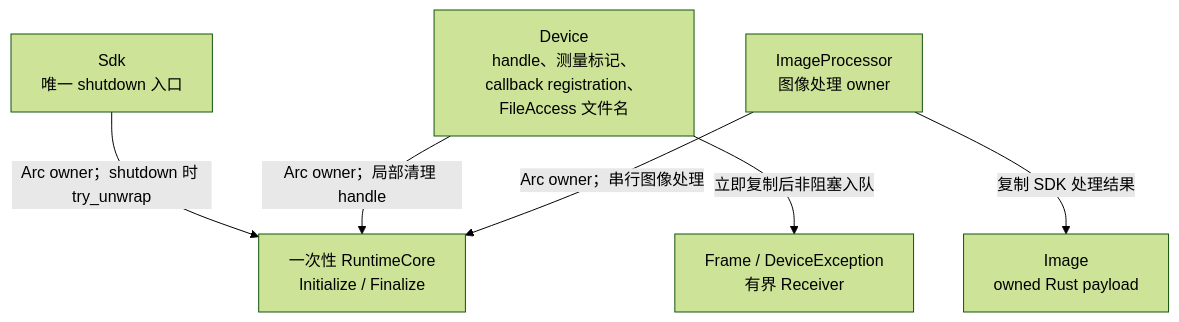
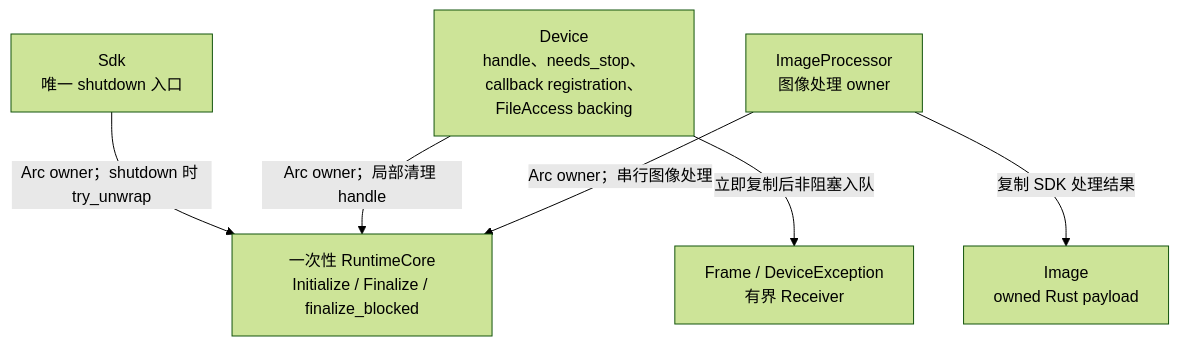
Before and after one commit to JSB-Unscarred/3dmvs-sdk-rs: the first of 3 diagrams in 生命周期与时序图.md, drawn with Mermaid (forest theme). The commit also changed other lines of this file and 14 other files, not shown here.

````diff
--- a/生命周期与时序图.md
+++ b/生命周期与时序图.md
@@ -5,15 +5,15 @@
 ```mermaid
 flowchart TD
-    Session["一次性 RuntimeCore<br/>Initialize / Finalize"]
+    Session["一次性 RuntimeCore<br/>Initialize / Finalize / finalize_blocked"]
     SDK["Sdk<br/>唯一 shutdown 入口"]
-    Device["Device<br/>handle、测量标记、callback registration、FileAccess 文件名"]
+    Device["Device<br/>handle、needs_stop、callback registration、FileAccess backing"]
     Processor["ImageProcessor<br/>图像处理 owner"]
     Receivers["Frame / DeviceException<br/>有界 Receiver"]
     Images["Image<br/>owned Rust payload"]
 
     SDK -->|Arc owner；shutdown 时 try_unwrap| Session
     Device -->|Arc owner；局部清理 handle| Session
     Processor -->|Arc owner；串行图像处理| Session
     Device -->|立即复制后非阻塞入队| Receivers
     Processor -->|复制 SDK 处理结果| Images
 ```
````
